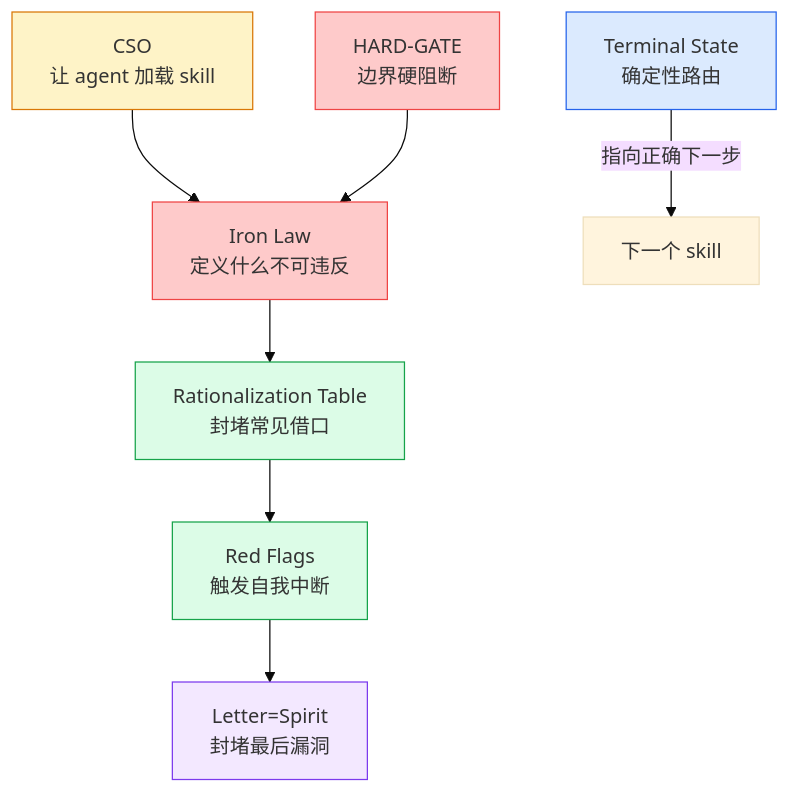
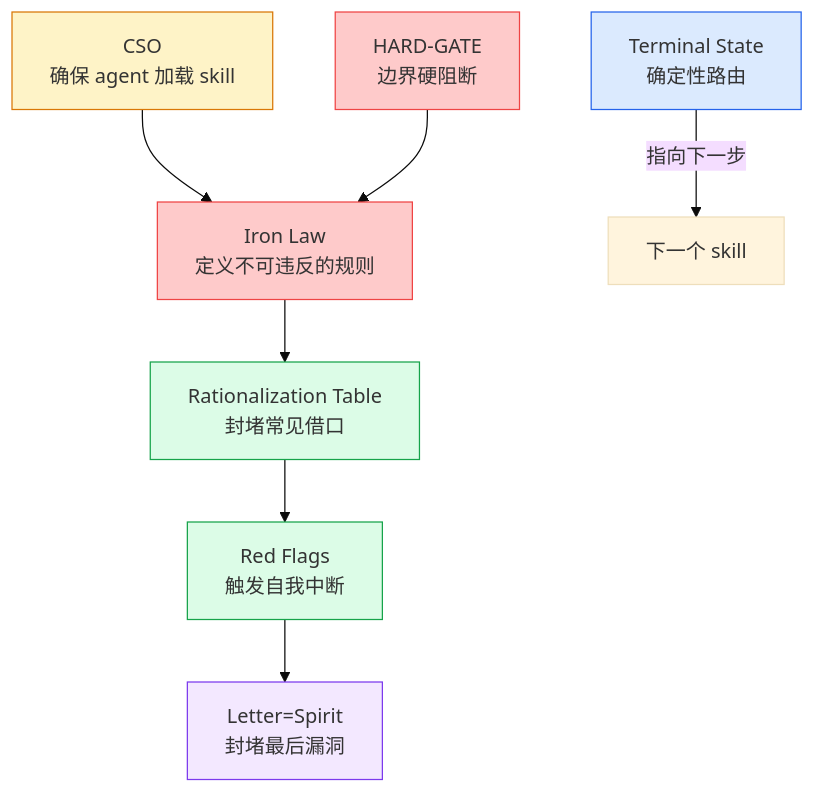
Before and after one commit to binshao996/superpowers-uncovering: the diagram in public/content/chapters/04-design-patterns.md, drawn with Mermaid (base theme). The commit also changed other lines of this file and 7 other files, not shown here.

First line of the commit message:
feat: rewrite chapters with source-code-level analysis, fix mermaid rendering

````diff
--- a/public/content/chapters/04-design-patterns.md
+++ b/public/content/chapters/04-design-patterns.md
@@ -168,17 +319,17 @@
 ```mermaid
 graph TB
-    CSO["CSO<br/>让 agent 加载 skill"] --> IL["Iron Law<br/>定义什么不可违反"]
+    CSO["CSO<br/>确保 agent 加载 skill"] --> IL["Iron Law<br/>定义不可违反的规则"]
     IL --> RT["Rationalization Table<br/>封堵常见借口"]
     RT --> RF["Red Flags<br/>触发自我中断"]
     RF --> LS["Letter=Spirit<br/>封堵最后漏洞"]
     HG["HARD-GATE<br/>边界硬阻断"] --> IL
-    TS["Terminal State<br/>确定性路由"] -->|"指向正确下一步"| SKILL["下一个 skill"]
+    TS["Terminal State<br/>确定性路由"] -->|"指向下一步"| SKILL["下一个 skill"]
 
     style CSO fill:#fef3c7,stroke:#d97706
     style IL fill:#fecaca,stroke:#ef4444
     style RT fill:#dcfce7,stroke:#16a34a
     style RF fill:#dcfce7,stroke:#16a34a
     style LS fill:#f3e8ff,stroke:#7c3aed
     style HG fill:#fecaca,stroke:#ef4444
     style TS fill:#dbeafe,stroke:#2563eb
 ```
````
